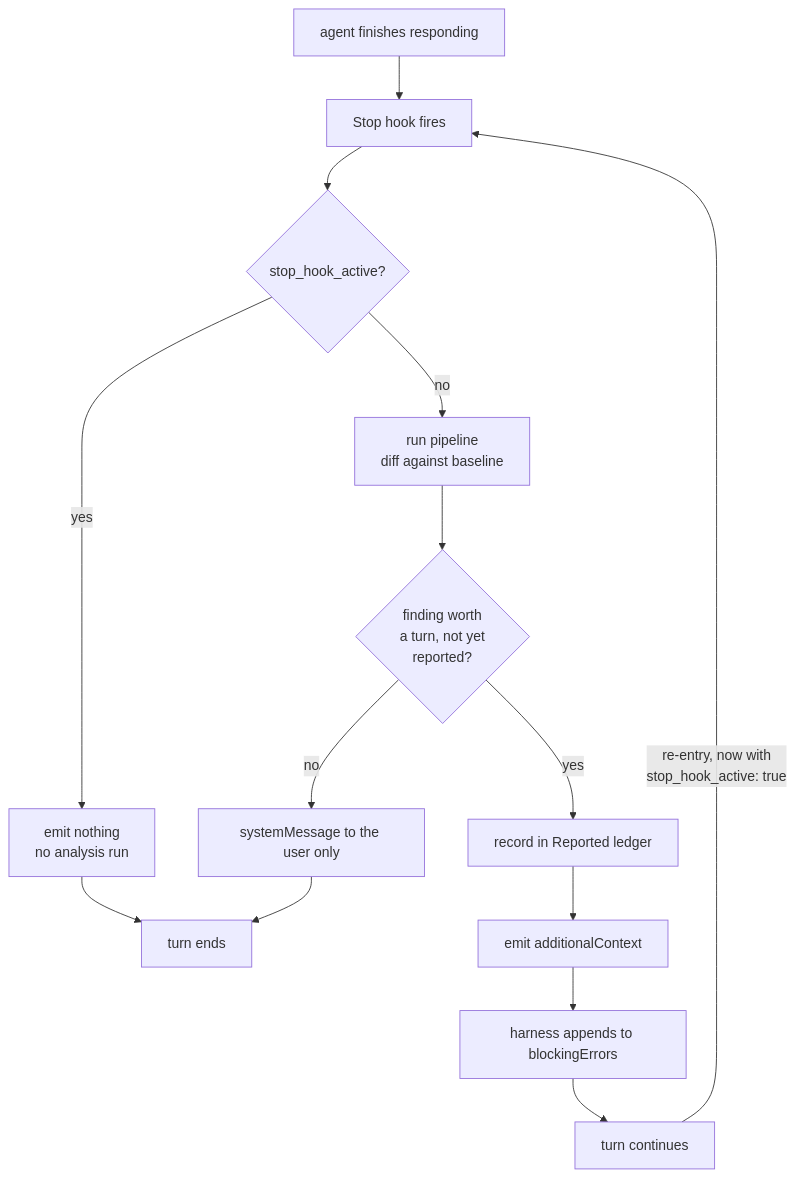
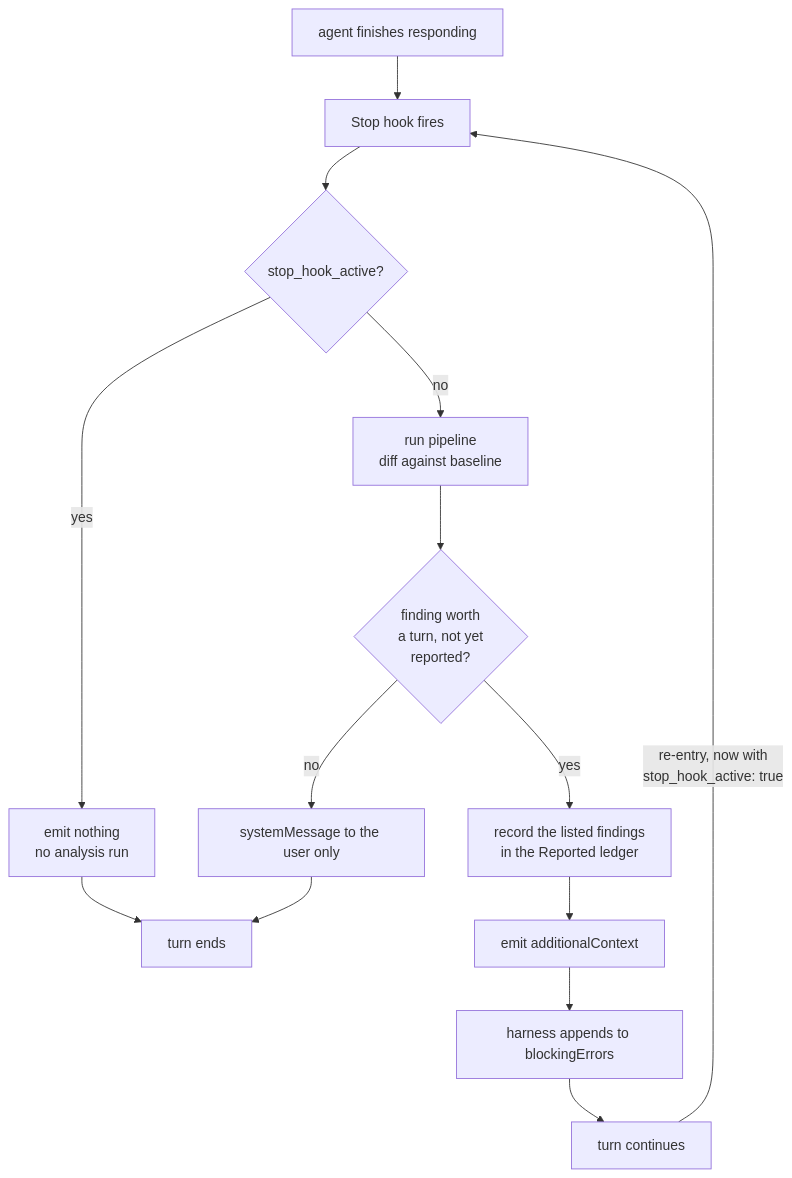
One commit to LukasSelin/doppel changed the second of 3 diagrams in .github/wiki/hooks.md. Above: the diagram before and after it, drawn with Mermaid. The commit also changed other lines of this file and 13 other files, not shown here.

````diff
--- a/.github/wiki/hooks.md
+++ b/.github/wiki/hooks.md
@@ -61,16 +63,16 @@
 ```mermaid
 flowchart TD
     A["agent finishes responding"] --> B["Stop hook fires"]
     B --> C{"stop_hook_active?"}
     C -- "yes" --> D["emit nothing<br/>no analysis run"]
     D --> E["turn ends"]
     C -- "no" --> F["run pipeline<br/>diff against baseline"]
     F --> G{"finding worth<br/>a turn, not yet<br/>reported?"}
     G -- "no" --> H["systemMessage to the user only"]
     H --> E
-    G -- "yes" --> I["record in Reported ledger"]
+    G -- "yes" --> I["record the listed findings<br/>in the Reported ledger"]
     I --> J["emit additionalContext"]
     J --> K["harness appends to blockingErrors"]
     K --> L["turn continues"]
     L -- "re-entry, now with<br/>stop_hook_active: true" --> B
 ```
````
